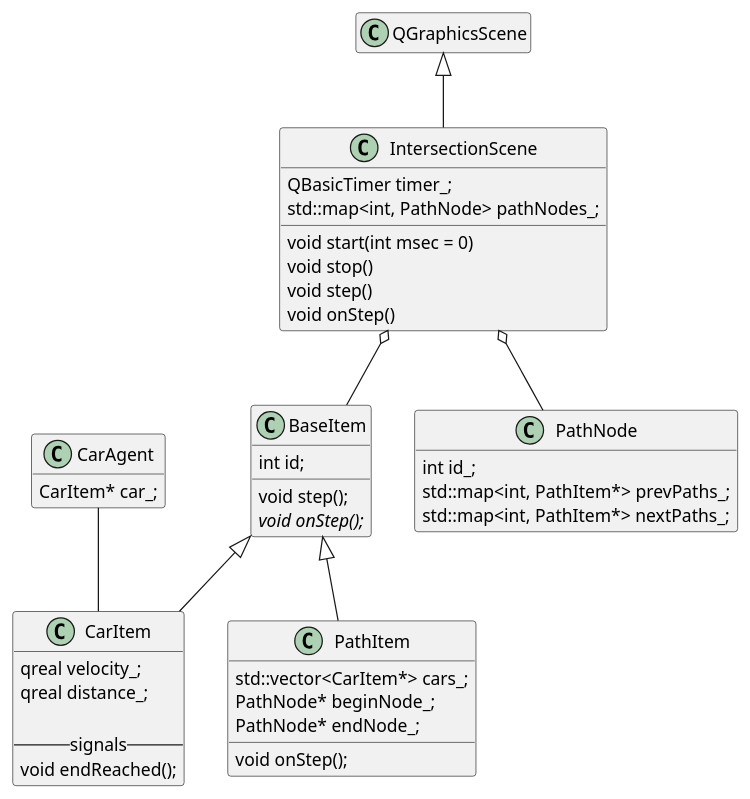
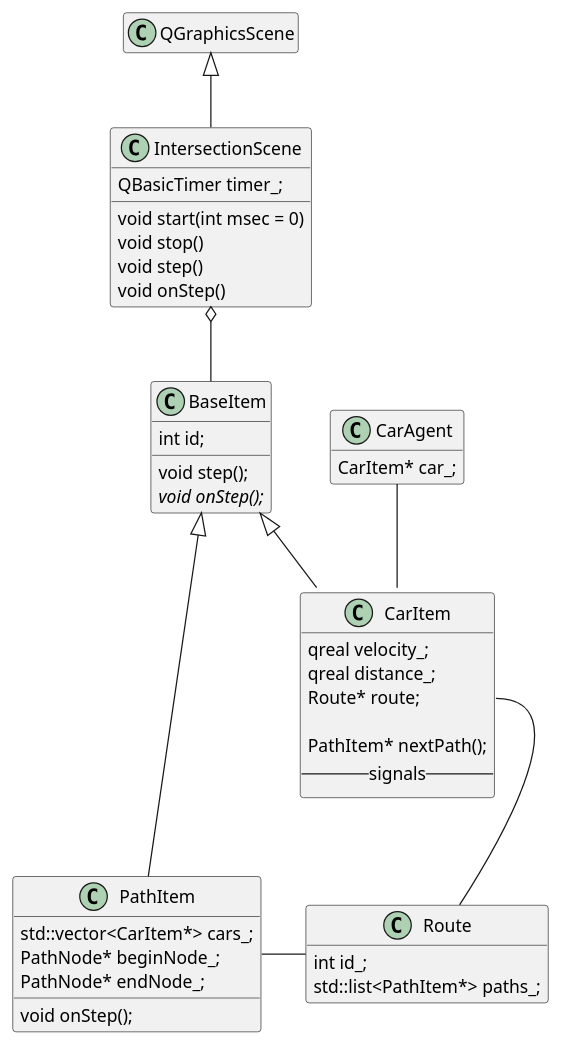
Before and after one commit to dpietruchowski/smart-intersections: the diagram in classes.plantuml, drawn with PlantUML. The commit also changed 18 other files, not shown here.

```diff
--- a/classes.plantuml
+++ b/classes.plantuml
@@ -1,61 +1,62 @@
 @startuml classes
 
 hide empty members
 
 
 class IntersectionScene {
     void start(int msec = 0)
     void stop()
     void step()
     void onStep()
 
     QBasicTimer timer_;
-    std::map<int, PathNode> pathNodes_;
 }
 
 QGraphicsScene <|-- IntersectionScene
 
 IntersectionScene o-- BaseItem
 
 class BaseItem {
     void step();
     {abstract} void onStep();
 
     int id;
 }
 
 class CarItem {
     qreal velocity_;
     qreal distance_;
+    Route* route;
 
+    PathItem* nextPath();
     --signals--
-    void endReached();
 }
 
 BaseItem <|-- CarItem
 
 class PathItem {
     void onStep();
 
     std::vector<CarItem*> cars_;
     PathNode* beginNode_;
     PathNode* endNode_;
 }
 
 BaseItem <|-- PathItem
 
-class PathNode {
+class Route {
     int id_;
-    std::map<int, PathItem*> prevPaths_;
-    std::map<int, PathItem*> nextPaths_;
+    std::list<PathItem*> paths_;
 }
 
-IntersectionScene o-- PathNode
+Route -left- PathItem
+
+CarItem::route -- Route
 
 class CarAgent {
     CarItem* car_;
 }
 
 CarAgent -- CarItem
 
 @enduml
```
